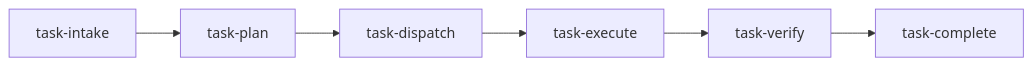
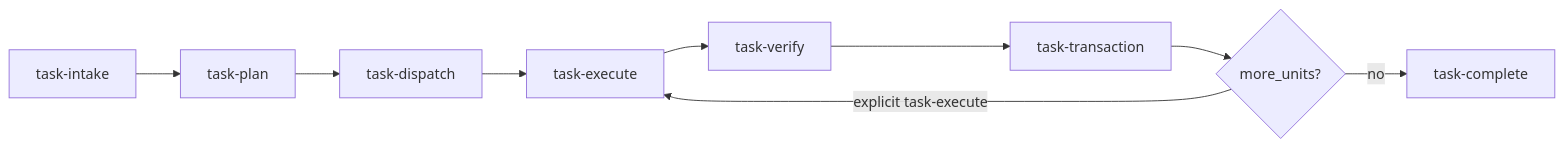
One commit to RafaelBraga-Kribitz/decision-analytics-reconstruction changed the diagram in docs/ai_harness/README.md. Above: the diagram before and after it, drawn with Mermaid. The commit also changed other lines of this file and 129 other files, not shown here.

````diff
--- a/docs/ai_harness/README.md
+++ b/docs/ai_harness/README.md
@@ -20,8 +37,11 @@
 ```mermaid
 flowchart LR
     intake[task-intake] --> plan[task-plan]
     plan --> dispatch[task-dispatch]
     dispatch --> exec[task-execute]
     exec --> verify[task-verify]
-    verify --> complete[task-complete]
+    verify --> txn[task-transaction]
+    txn --> await{more_units?}
+    await -->|explicit task-execute| exec
+    await -->|no| complete[task-complete]
 ```
````
